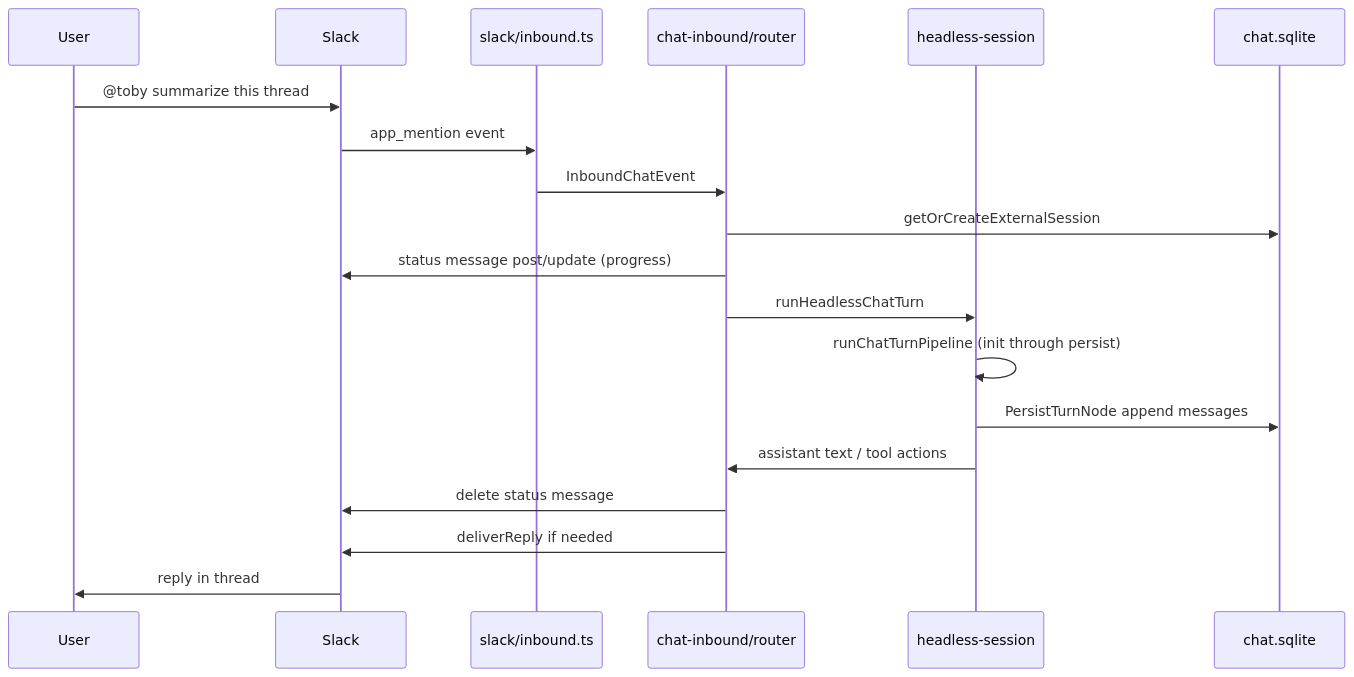
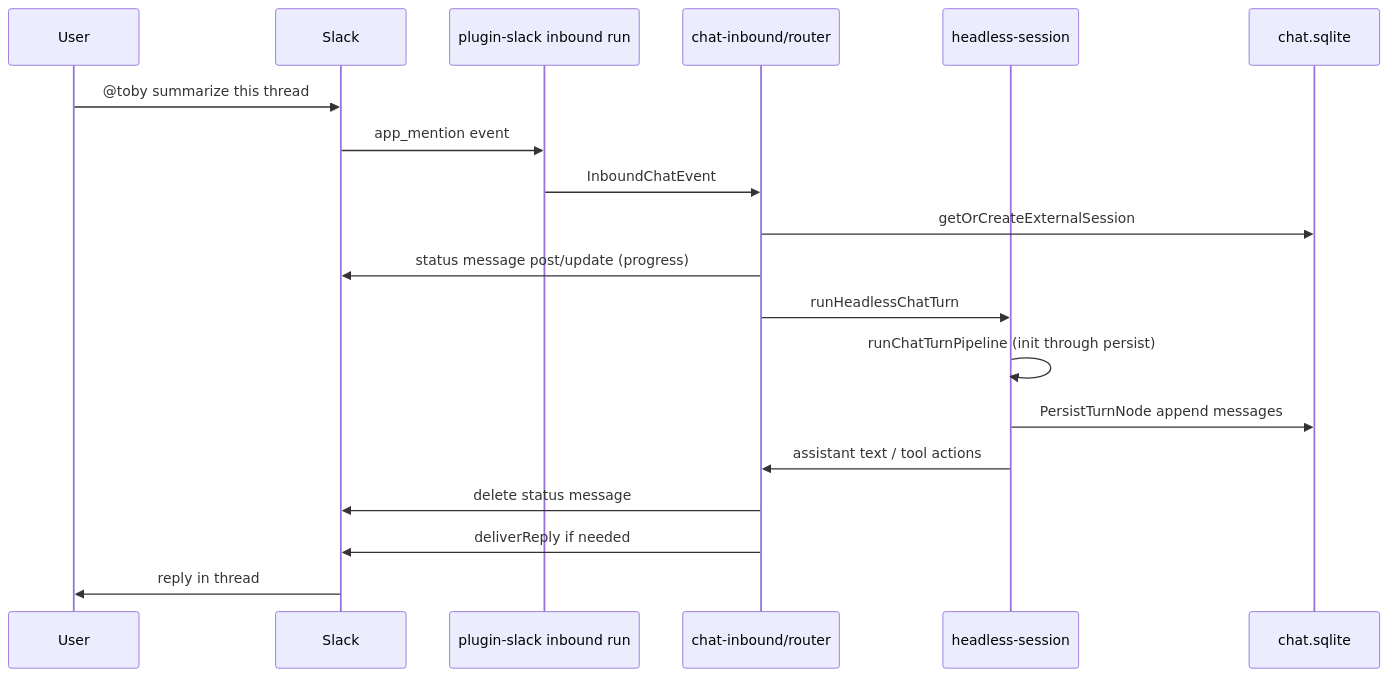
The second of 2 diagrams in docs/daemon.md (kshehadeh/toby), drawn with Mermaid before and after one commit. The commit also changed other lines of this file and 14 other files, not shown here.

First line of the commit message:
docs: align contributor docs with plugin-first architecture

````diff
--- a/docs/daemon.md
+++ b/docs/daemon.md
@@ -92,22 +92,22 @@
 ```mermaid
 sequenceDiagram
   participant User
   participant Slack
-  participant Listener as slack/inbound.ts
+  participant Listener as plugin-slack inbound run
   participant Router as chat-inbound/router
   participant Runner as headless-session
   participant DB as chat.sqlite
 
   User->>Slack: @toby summarize this thread
   Slack->>Listener: app_mention event
   Listener->>Router: InboundChatEvent
   Router->>DB: getOrCreateExternalSession
   Router->>Slack: status message post/update (progress)
   Router->>Runner: runHeadlessChatTurn
   Runner->>Runner: runChatTurnPipeline (init through persist)
   Runner->>DB: PersistTurnNode append messages
   Runner->>Router: assistant text / tool actions
   Router->>Slack: delete status message
   Router->>Slack: deliverReply if needed
   Slack->>User: reply in thread
 ```
````
